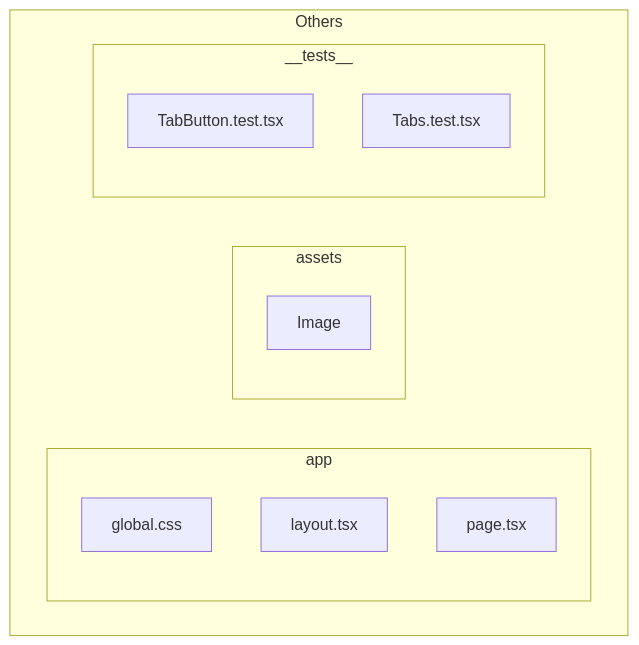
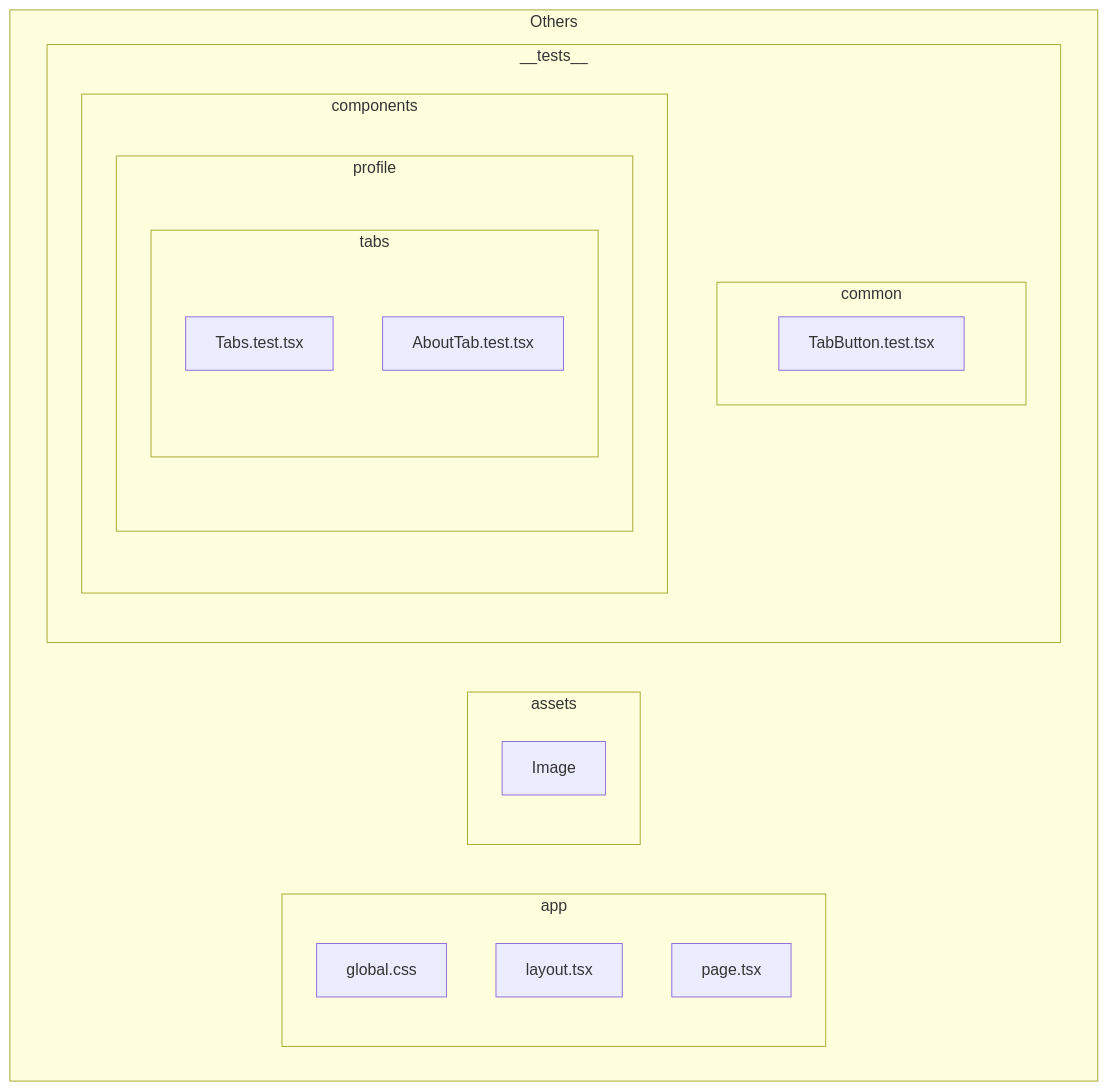
Before and after one commit to Chen-Abudi/my-profile-card: the second of 2 diagrams in README.md, drawn with Mermaid.

Commit message:
docs: Update diagram to reflect test file structure

````diff
--- a/README.md
+++ b/README.md
@@ -59,21 +59,31 @@
 ```mermaid
 
 flowchart TD
 subgraph Others
   subgraph app
     J[global.css]
     K[layout.tsx]
     L[page.tsx]
   end
 
   subgraph assets
     M[Image]
   end
 
   subgraph __tests__
-    N[TabButton.test.tsx]
-    O[Tabs.test.tsx]
+    subgraph common
+      N[TabButton.test.tsx]
+    end
+
+    subgraph components
+      subgraph profile
+        subgraph tabs
+          O[Tabs.test.tsx]
+          P[AboutTab.test.tsx]
+        end
+      end
+    end
   end
 end
 
 ```
````
